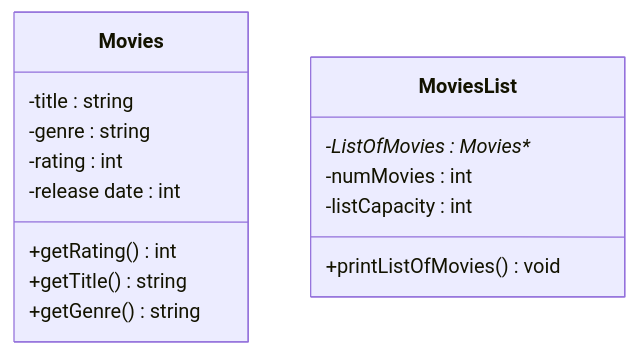
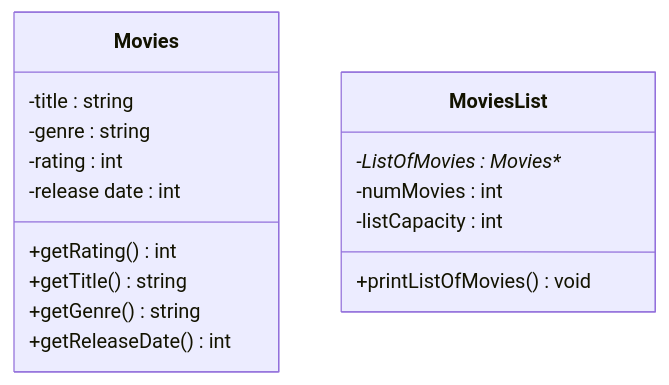
Before and after one commit to ssant096/Movie-Recommeder: the diagram in README.md, drawn with Mermaid.

Commit message:
edited Movies class diagram

````diff
--- a/README.md
+++ b/README.md
@@ -30,20 +30,21 @@
 ```mermaid
  classDiagram
  
  class Movies{
    -title : string
    -genre : string
    -rating : int
    -release date : int
    +getRating() int
    +getTitle() string
    +getGenre() string
+   +getReleaseDate() int
  }
  class MoviesList{
    -ListOfMovies : Movies**
    -numMovies : int
    -listCapacity : int
    +printListOfMovies() void
  }
  
  ```
````
